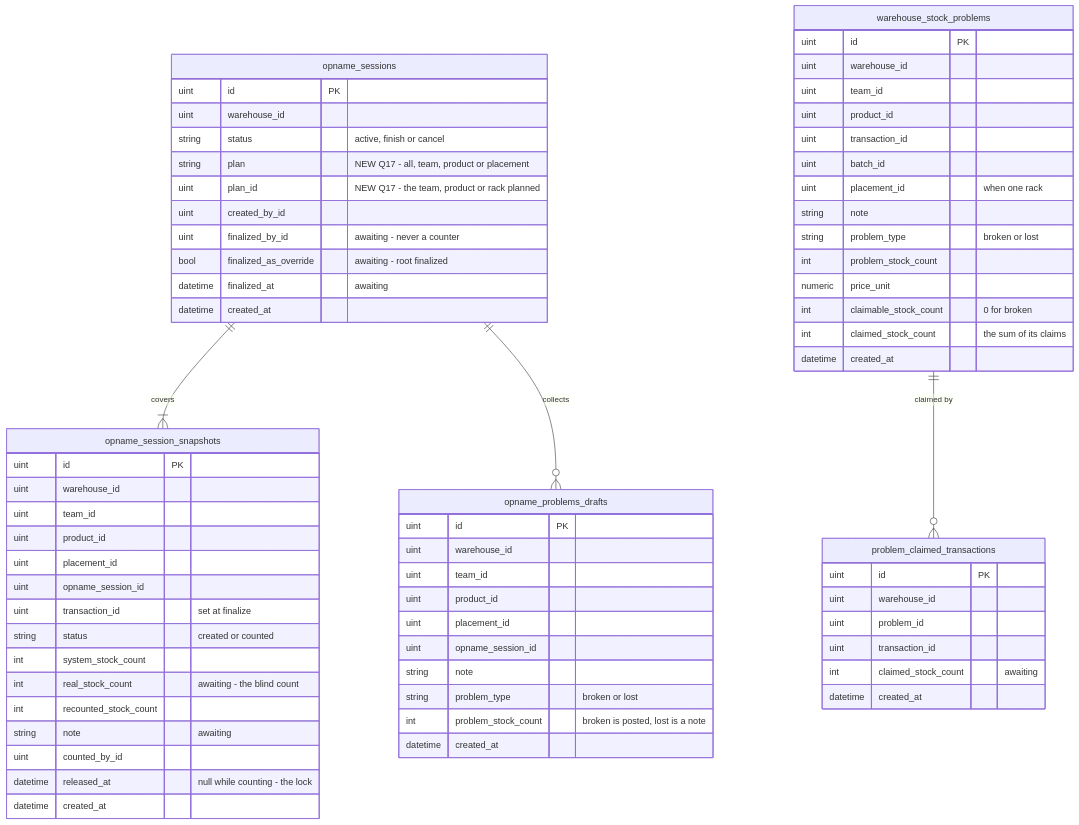
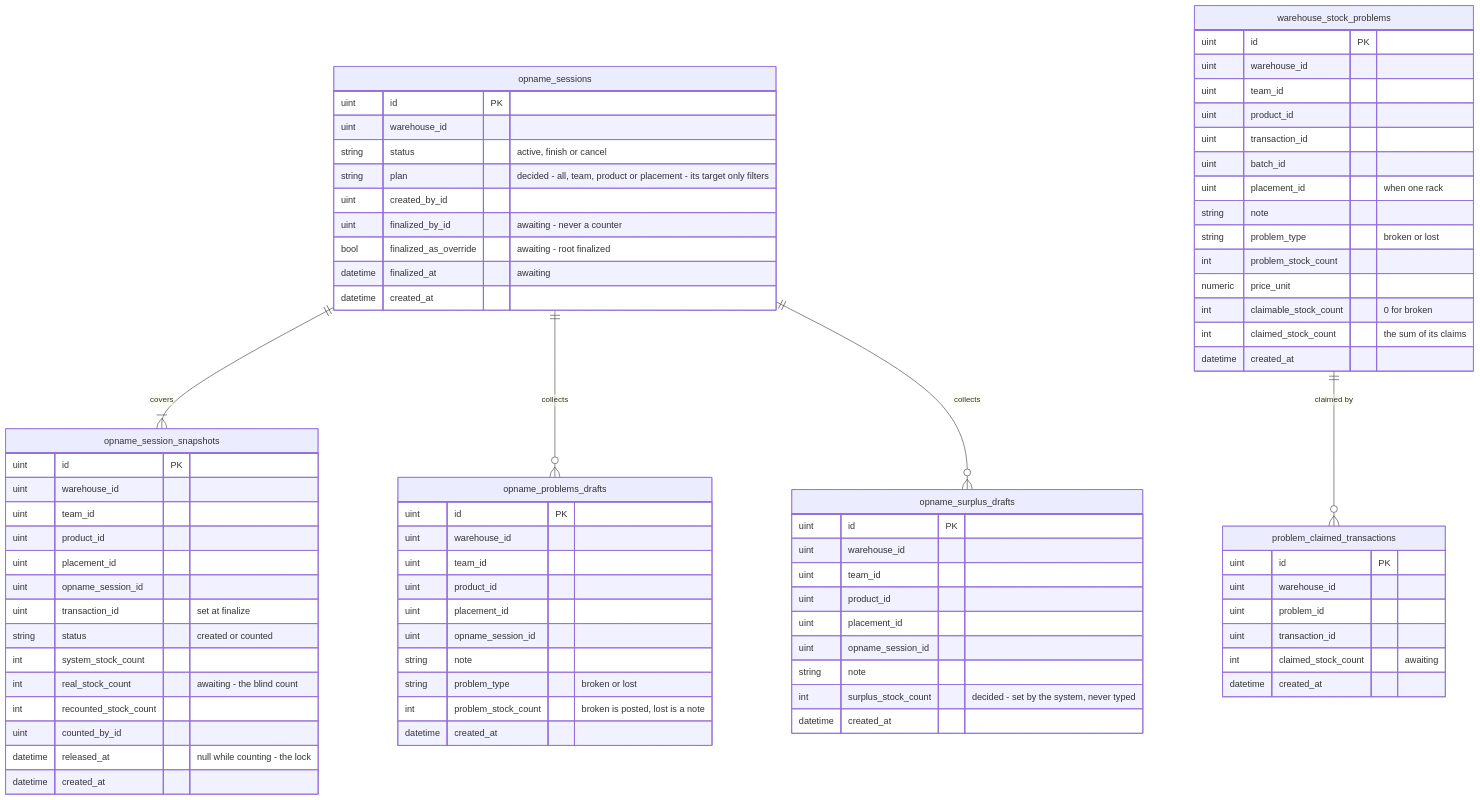
The second of 3 diagrams in docs/business/inventory/opname_clarify.md (pdcgo/warehouse_revamp), drawn with Mermaid before and after one commit. The commit also changed other lines of this file and 2 other files, not shown here.

First line of the commit message:
docs(inventory): opname Q12-Q20 decided, the stock-problem flow redrawn

````diff
--- a/docs/business/inventory/opname_clarify.md
+++ b/docs/business/inventory/opname_clarify.md
@@ -136,71 +159,81 @@
 ```mermaid
 erDiagram
   opname_sessions ||--|{ opname_session_snapshots : covers
   opname_sessions ||--o{ opname_problems_drafts : collects
+  opname_sessions ||--o{ opname_surplus_drafts : collects
   warehouse_stock_problems ||--o{ problem_claimed_transactions : "claimed by"
   opname_sessions {
     uint id PK
     uint warehouse_id
     string status "active, finish or cancel"
-    string plan "NEW Q17 - all, team, product or placement"
-    uint plan_id "NEW Q17 - the team, product or rack planned"
+    string plan "decided - all, team, product or placement - its target only filters"
     uint created_by_id
     uint finalized_by_id "awaiting - never a counter"
     bool finalized_as_override "awaiting - root finalized"
     datetime finalized_at "awaiting"
     datetime created_at
   }
   opname_session_snapshots {
     uint id PK
     uint warehouse_id
     uint team_id
     uint product_id
     uint placement_id
     uint opname_session_id
     uint transaction_id "set at finalize"
     string status "created or counted"
     int system_stock_count
     int real_stock_count "awaiting - the blind count"
     int recounted_stock_count
-    string note "awaiting"
     uint counted_by_id
     datetime released_at "null while counting - the lock"
     datetime created_at
   }
   opname_problems_drafts {
     uint id PK
     uint warehouse_id
     uint team_id
     uint product_id
     uint placement_id
     uint opname_session_id
     string note
     string problem_type "broken or lost"
     int problem_stock_count "broken is posted, lost is a note"
+    datetime created_at
+  }
+  opname_surplus_drafts {
+    uint id PK
+    uint warehouse_id
+    uint team_id
+    uint product_id
+    uint placement_id
+    uint opname_session_id
+    string note
+    int surplus_stock_count "decided - set by the system, never typed"
     datetime created_at
   }
   warehouse_stock_problems {
     uint id PK
     uint warehouse_id
     uint team_id
     uint product_id
     uint transaction_id
     uint batch_id
     uint placement_id "when one rack"
     string note
     string problem_type "broken or lost"
     int problem_stock_count
     numeric price_unit
     int claimable_stock_count "0 for broken"
     int claimed_stock_count "the sum of its claims"
     datetime created_at
   }
   problem_claimed_transactions {
     uint id PK
     uint warehouse_id
     uint problem_id
     uint transaction_id
     int claimed_stock_count "awaiting"
     datetime created_at
   }
 ```
````
